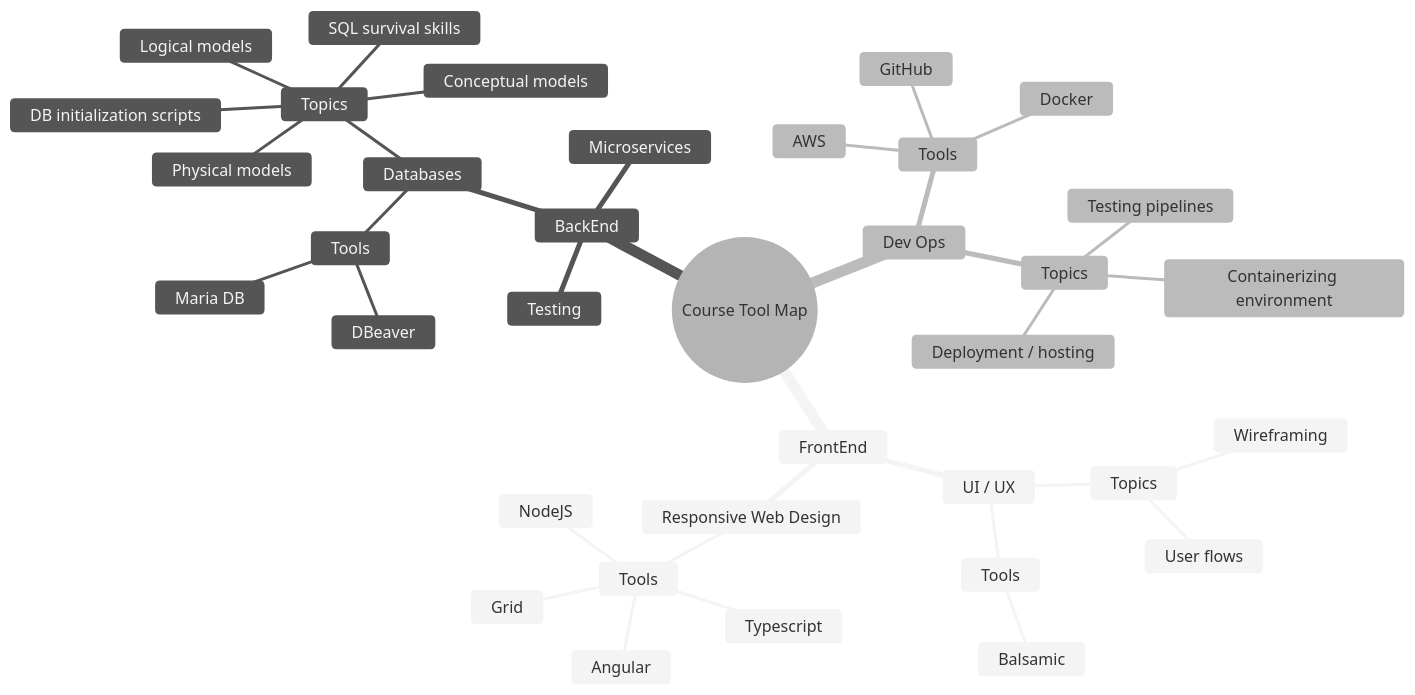
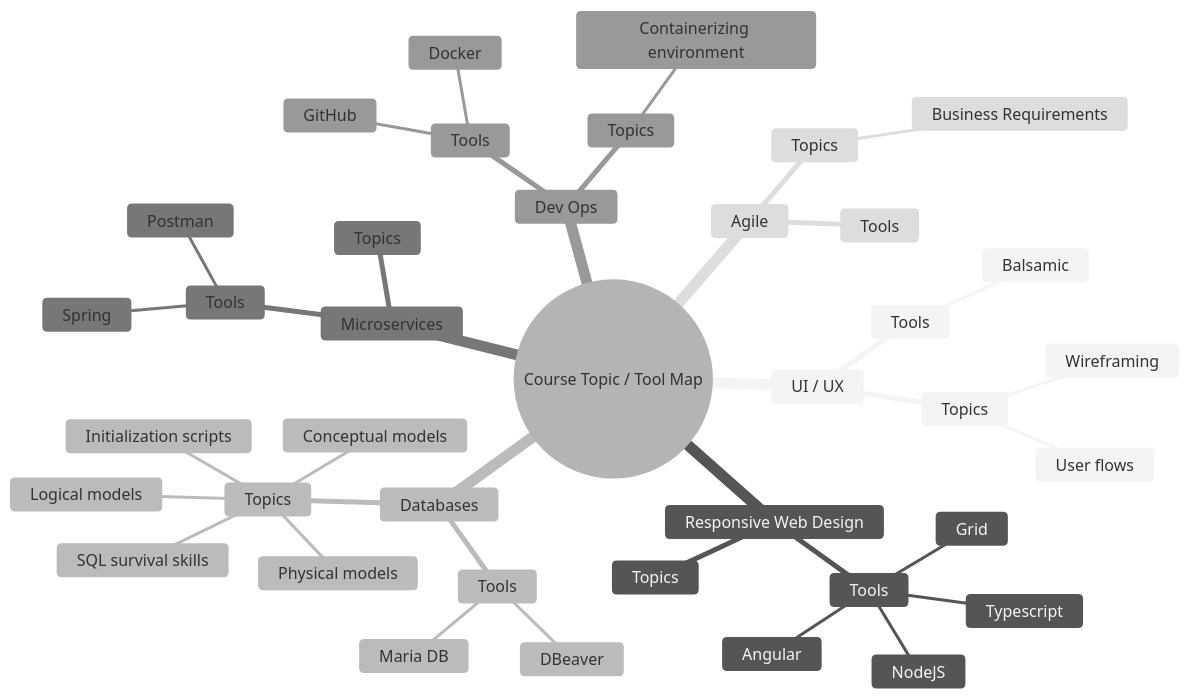
Before and after one commit to pattonsgirl/CS4900-AppSoftwareDev: the diagram in toolmap.md, drawn with Mermaid (neutral theme). The commit also changed 1 other file, not shown here.

Commit message:
proposing new weekly layout; drafting toomap

````diff
--- a/toolmap.md
+++ b/toolmap.md
@@ -1,39 +1,42 @@
 ```mermaid
 mindmap
-  root((Course Tool Map))
-    FrontEnd
-      UI / UX
-        Tools
-          Balsamic
-        Topics
-          User flows
-          Wireframing
-      Responsive Web Design
-        Tools
-          Angular
-          Grid
-          Typescript
-          NodeJS
-    BackEnd
-      Databases
-        Tools
-          Maria DB
-          DBeaver
-        Topics
-          Conceptual models
-          Logical models
-          Physical models
-          DB initialization scripts
-          SQL survival skills
-      Microservices
-      Testing
+  root((Course Topic / Tool Map))
+    UI / UX
+      Tools
+        Balsamic
+      Topics
+        User flows
+        Wireframing
+    Responsive Web Design
+      Tools
+        Angular
+        Grid
+        Typescript
+        NodeJS
+      Topics
+    Databases
+      Tools
+        Maria DB
+        DBeaver
+      Topics
+        Conceptual models
+        Logical models
+        Physical models
+        Initialization scripts
+        SQL survival skills
+    Microservices
+      Tools
+        Postman
+        Spring
+      Topics
     Dev Ops
-        Tools
-          GitHub
-          Docker
-          AWS
-        Topics
-          Containerizing environment
-          Testing pipelines
-          Deployment / hosting
+      Tools
+        GitHub
+        Docker
+      Topics
+        Containerizing environment
+    Agile
+      Tools
+      Topics
+        Business Requirements
 ```
````
